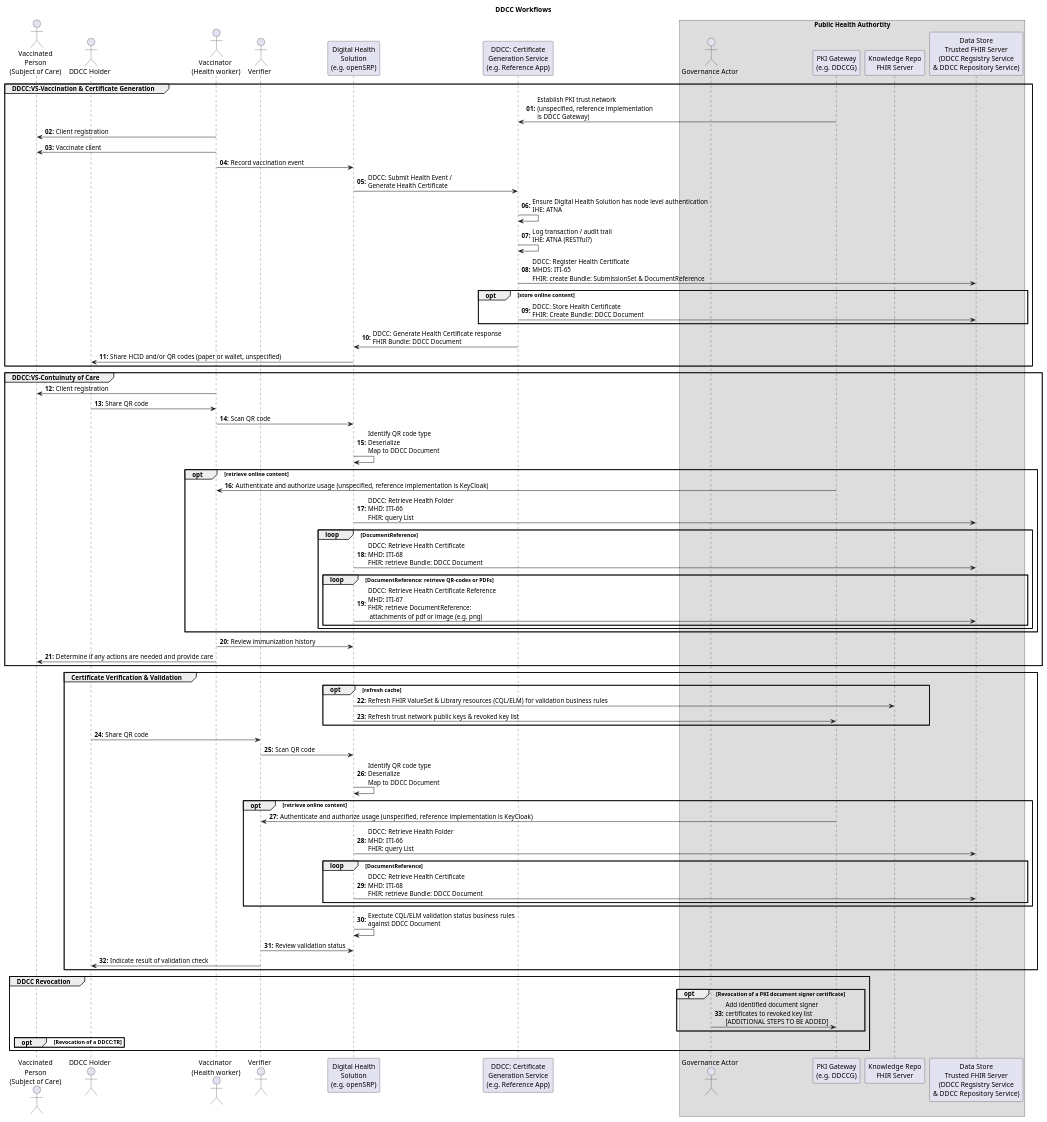
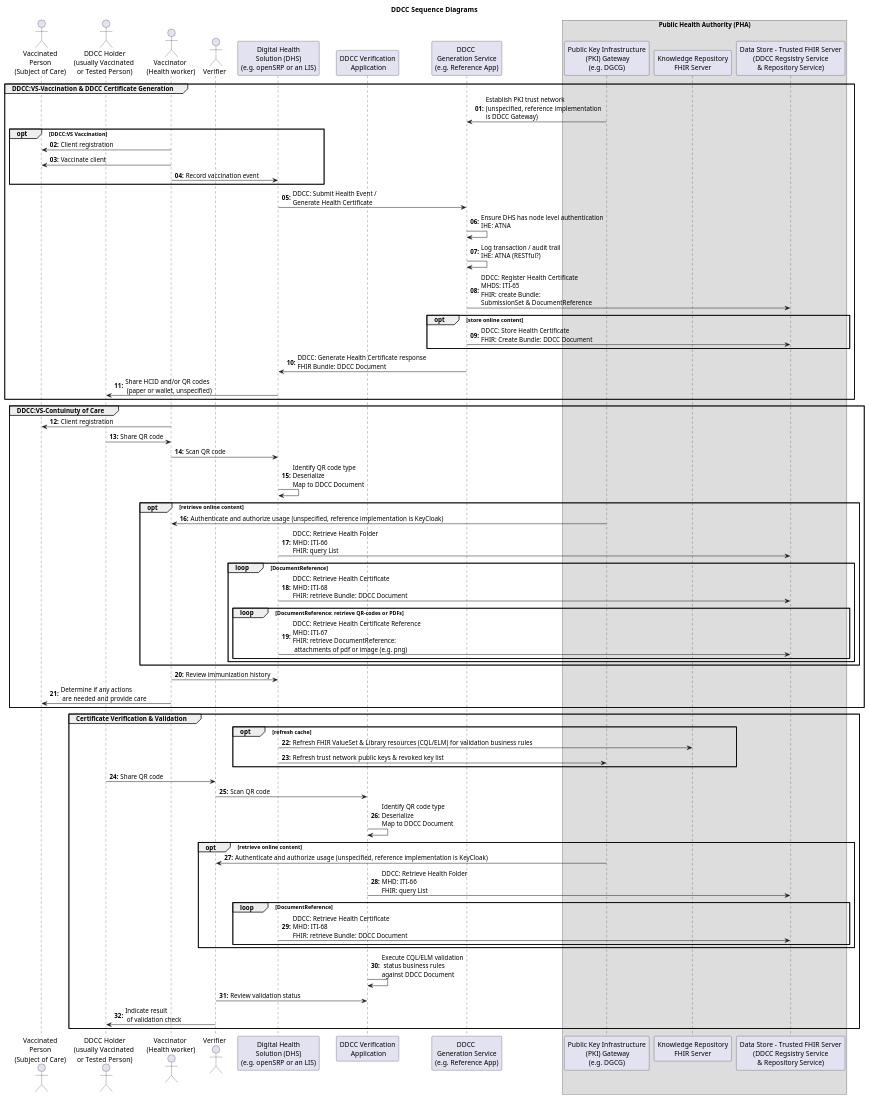
Before and after one commit to WorldHealthOrganization/ddcc: the diagram in input/images-source/workflows.plantuml, drawn with PlantUML.

Commit message:
Update workflows.plantuml
Updated actors and participants. Grouped vaccination content more and made as options. Added Verification Application and replaced DHS references in proof scenarios with it. Removed Governance Actor for revocation and Revocation. Updated references to services. Copy editing and formatting.

```diff
--- a/input/images-source/workflows.plantuml
+++ b/input/images-source/workflows.plantuml
@@ -1,103 +1,96 @@
 @startuml
 skinparam svgDimensionStyle false
 
-title DDCC Workflows
+title DDCC Sequence Diagrams
 
 
 
 actor "Vaccinated\nPerson\n(Subject of Care)" as VP
-actor "DDCC Holder" as DH
+actor "DDCC Holder\n(usually Vaccinated \nor Tested Person)" as DH
 actor "Vaccinator\n (Health worker)" as HW
 actor "Verifier" as VER
-participant "Digital Health\nSolution\n(e.g. openSRP)" as DHS
-participant "DDCC: Certificate\nGeneration Service\n(e.g. Reference App)" as CGS
+participant "Digital Health\nSolution (DHS)\n(e.g. openSRP or an LIS)" as DHS
+participant "DDCC Verification\n Application" as VAP
+participant "DDCC \nGeneration Service\n(e.g. Reference App)" as CGS
 
-box "Public Health Authortity"
-   actor "Governance Actor" as GA
+box "Public Health Authority (PHA)"
 
-   participant "PKI Gateway\n(e.g. DDCCG)" as GATE
-   participant "Knowledge Repo\nFHIR Server" as KM
-   participant "Data Store\nTrusted FHIR Server\n(DDCC Regsistry Service\n& DDCC Repository Service)"  as SHR
+   participant "Public Key Infrastructure\n (PKI) Gateway\n(e.g. DGCG)" as GATE
+   participant "Knowledge Repository\nFHIR Server" as KM
+   participant "Data Store - Trusted FHIR Server\n(DDCC Regsistry Service\n& Repository Service)"  as SHR
 end box
 
 autonumber "<b>00:</b>"
 
-group DDCC:VS-Vaccination & Certificate Generation
+group DDCC:VS-Vaccination & DDCC Certificate Generation
     GATE->CGS: Establish PKI trust network\n(unspecified, reference implementation\nis DDCC Gateway)
-    HW->VP: Client registration
-    HW->VP: Vaccinate client
-    HW->DHS: Record vaccination event
+    
+    opt DDCC:VS Vaccination 
+   	 HW->VP: Client registration
+   	 HW->VP: Vaccinate client
+    	HW->DHS: Record vaccination event
+    end
+    
     DHS->CGS: DDCC: Submit Health Event /\nGenerate Health Certificate
 
-    CGS->CGS: Ensure Digital Health Solution has node level authentication\nIHE: ATNA
+    CGS->CGS: Ensure DHS has node level authentication\nIHE: ATNA
     CGS->CGS: Log transaction / audit trail\nIHE: ATNA (RESTful?)
-    CGS->SHR: DDCC: Register Health Certificate\nMHDS: ITI-65\nFHIR: create Bundle: SubmissionSet & DocumentReference
+    CGS->SHR: DDCC: Register Health Certificate\nMHDS: ITI-65\nFHIR: create Bundle: \nSubmissionSet & DocumentReference
 
     opt store online content
          CGS->SHR: DDCC: Store Health Certificate\nFHIR: Create Bundle: DDCC Document
     end
 
     CGS->DHS: DDCC: Generate Health Certificate response\nFHIR Bundle: DDCC Document
-    DHS->DH: Share HCID and/or QR codes (paper or wallet, unspecified)
+    DHS->DH: Share HCID and/or QR codes\n (paper or wallet, unspecified)
 end 
 
 group DDCC:VS-Contuinuty of Care
     HW->VP: Client registration
     DH->HW: Share QR code
 
     HW->DHS: Scan QR code
     DHS->DHS: Identify QR code type\nDeserialize\nMap to DDCC Document
     opt  retrieve online content
         GATE->HW: Authenticate and authorize usage (unspecified, reference implementation is KeyCloak)
         DHS->SHR: DDCC: Retrieve Health Folder\nMHD: ITI-66\nFHIR: query List
         loop DocumentReference
            DHS->SHR: DDCC: Retrieve Health Certificate\nMHD: ITI-68\nFHIR: retrieve Bundle: DDCC Document
            loop DocumentReference: retrieve QR-codes or PDFs
                DHS->SHR: DDCC: Retrieve Health Certificate Reference\nMHD: ITI-67\nFHIR: retrieve DocumentReference:\n attachments of pdf or image (e.g. png)
             end
         end
     end
     HW->DHS: Review immunization history
-    HW->VP: Determine if any actions are needed and provide care
+    HW->VP: Determine if any actions\n are needed and provide care
 end
 
 group Certificate Verification & Validation
 
     opt refresh cache
         DHS->KM: Refresh FHIR ValueSet & Library resources (CQL/ELM) for validation business rules
 	DHS->GATE: Refresh trust network public keys & revoked key list
     end 
 
     DH->VER: Share QR code
-    VER->DHS: Scan QR code
-    DHS->DHS: Identify QR code type\nDeserialize\nMap to DDCC Document
+    VER->VAP: Scan QR code
+    VAP->VAP: Identify QR code type\nDeserialize\nMap to DDCC Document
 
     opt  retrieve online content
         GATE->VER: Authenticate and authorize usage (unspecified, reference implementation is KeyCloak)
 
-        DHS->SHR: DDCC: Retrieve Health Folder\nMHD: ITI-66\nFHIR: query List
+        VAP->SHR: DDCC: Retrieve Health Folder\nMHD: ITI-66\nFHIR: query List
         loop DocumentReference
            DHS->SHR: DDCC: Retrieve Health Certificate\nMHD: ITI-68\nFHIR: retrieve Bundle: DDCC Document
         end
     end
 
-    DHS->DHS: Exectute CQL/ELM validation status business rules\nagainst DDCC Document
-    VER->DHS: Review validation status
-    VER->DH: Indicate result of validation check
-end
-
-group DDCC Revocation
-    opt Revocation of a PKI document signer certificate 
-        GA->GATE: Add identified document signer\ncertificates to revoked key list\n[ADDITIONAL STEPS TO BE ADDED]
-    end 
-    
-  opt Revocation of a DDCC:TR 
-        
-    end 
-    
-  
+    VAP->VAP: Execute CQL/ELM validation\n status business rules\nagainst DDCC Document
+    VER->VAP: Review validation status
+    VER->DH: Indicate result\n of validation check
 end
 
 
 
+
 @enduml
```
